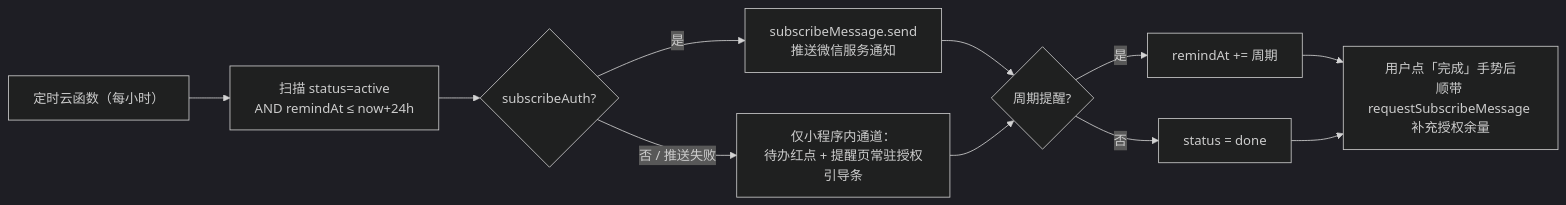
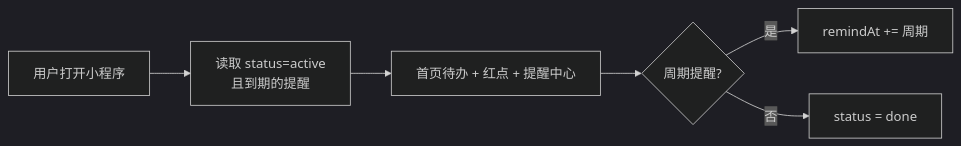
Before and after one commit to caojingwen17/maoqiu: the third of 5 diagrams in doc/产品架构与数据流图.md, drawn with Mermaid (dark theme). The commit also changed other lines of this file and 349 other files, not shown here.

````diff
--- a/doc/产品架构与数据流图.md
+++ b/doc/产品架构与数据流图.md
@@ -111,13 +108,8 @@
 ```mermaid
 flowchart LR
-  CRON["定时云函数（每小时）"] --> Q["扫描 status=active<br/>AND remindAt ≤ now+24h"]
-  Q --> S{subscribeAuth?}
-  S -->|是| SEND["subscribeMessage.send<br/>推送微信服务通知"]
-  S -->|否 / 推送失败| APP["仅小程序内通道：<br/>待办红点 + 提醒页常驻授权引导条"]
-  SEND --> ADV{周期提醒?}
-  APP --> ADV
+  OPEN["用户打开小程序"] --> Q["读取 status=active<br/>且到期的提醒"]
+  Q --> APP["首页待办 + 红点 + 提醒中心"]
+  APP --> ADV{周期提醒?}
   ADV -->|是| NEXT["remindAt += 周期"]
   ADV -->|否| DONE["status = done"]
-  NEXT --> RE["用户点「完成」手势后<br/>顺带 requestSubscribeMessage 补充授权余量"]
-  DONE --> RE
 ```
````
